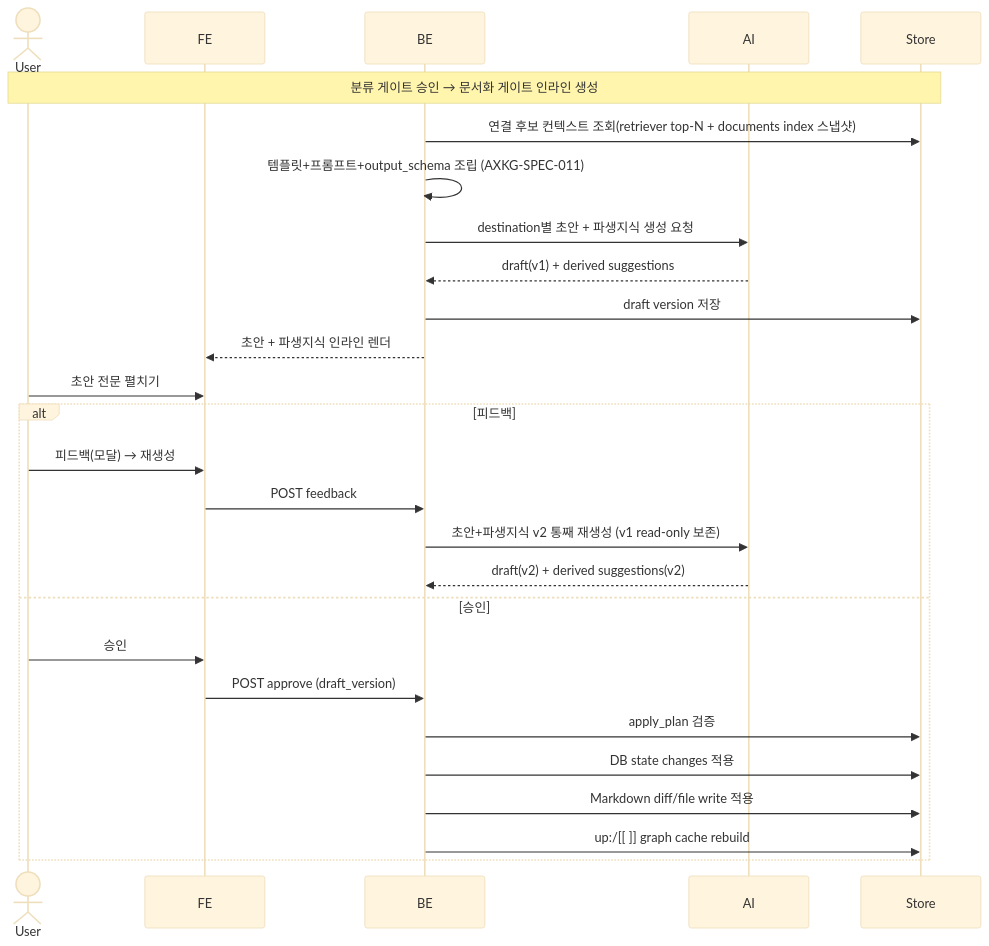
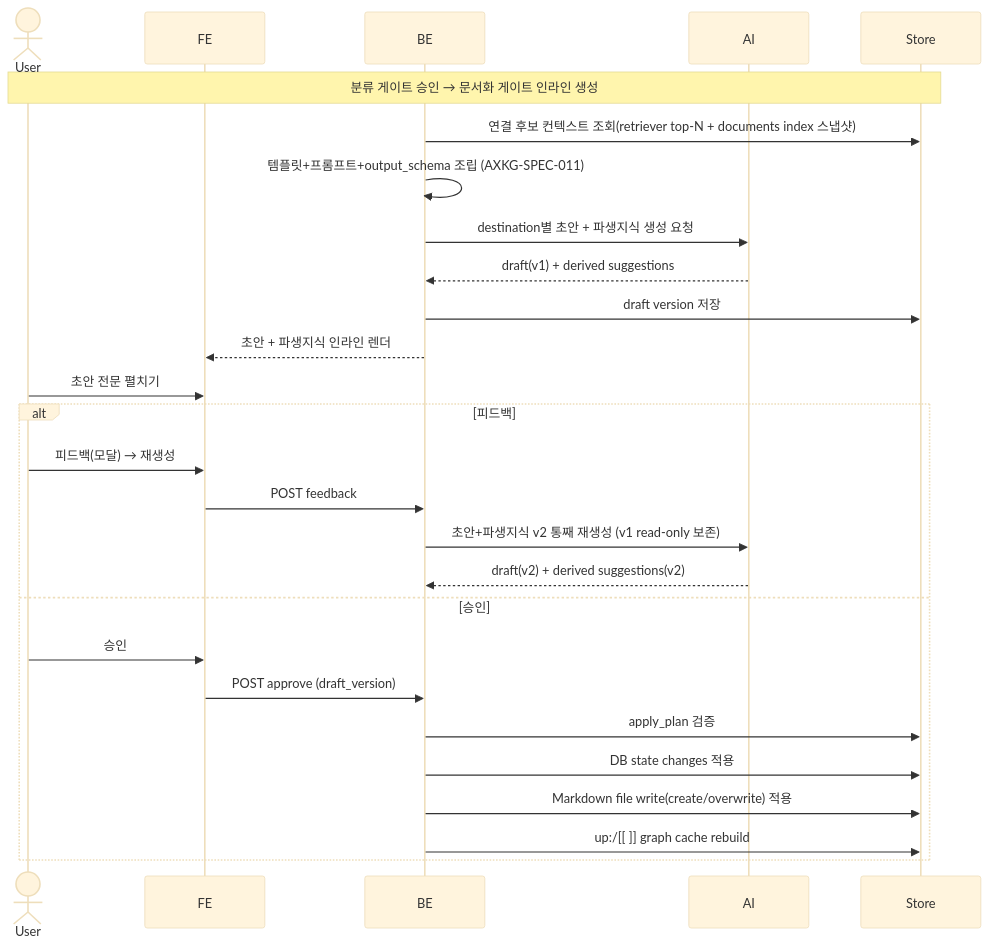
The first of 2 diagrams in products/ax-knowledge-graph/20-spec/spec-004-documentation-approval-gate.md (kknaks/kknaks_profile), drawn with Mermaid (base theme) before and after one commit. The commit also changed other lines of this file and 23 other files, not shown here.

````diff
--- a/products/ax-knowledge-graph/20-spec/spec-004-documentation-approval-gate.md
+++ b/products/ax-knowledge-graph/20-spec/spec-004-documentation-approval-gate.md
@@ -206,30 +216,30 @@
 ```mermaid
 sequenceDiagram
     actor User
     participant FE
     participant BE
     participant AI
     participant Store
 
     Note over User,Store: 분류 게이트 승인 → 문서화 게이트 인라인 생성
     BE->>Store: 연결 후보 컨텍스트 조회(retriever top-N + documents index 스냅샷)
     BE->>BE: 템플릿+프롬프트+output_schema 조립 (AXKG-SPEC-011)
     BE->>AI: destination별 초안 + 파생지식 생성 요청
     AI-->>BE: draft(v1) + derived suggestions
     BE->>Store: draft version 저장
     BE-->>FE: 초안 + 파생지식 인라인 렌더
     User->>FE: 초안 전문 펼치기
     alt 피드백
         User->>FE: 피드백(모달) → 재생성
         FE->>BE: POST feedback
         BE->>AI: 초안+파생지식 v2 통째 재생성 (v1 read-only 보존)
         AI-->>BE: draft(v2) + derived suggestions(v2)
     else 승인
         User->>FE: 승인
         FE->>BE: POST approve (draft_version)
         BE->>Store: apply_plan 검증
         BE->>Store: DB state changes 적용
-        BE->>Store: Markdown diff/file write 적용
+        BE->>Store: Markdown file write(create/overwrite) 적용
         BE->>Store: up:/[[ ]] graph cache rebuild
     end
 ```
````
